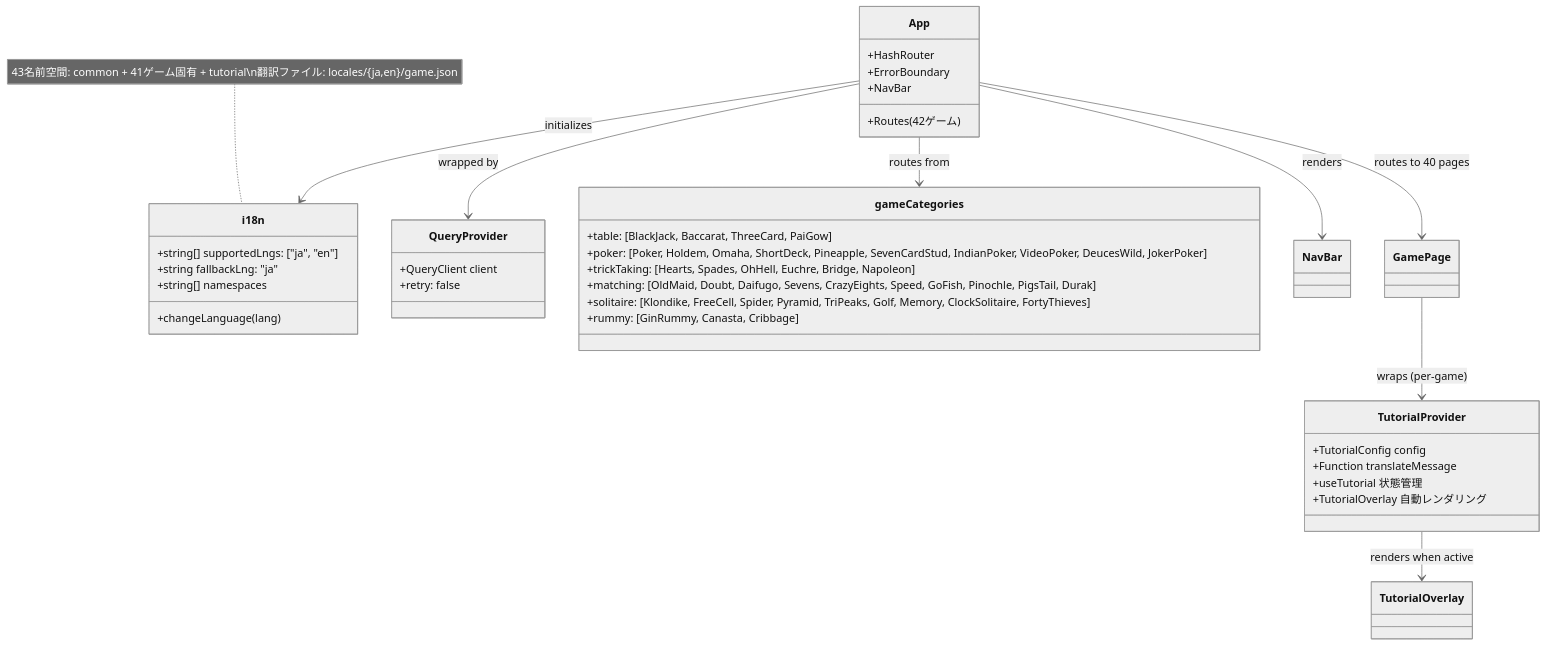
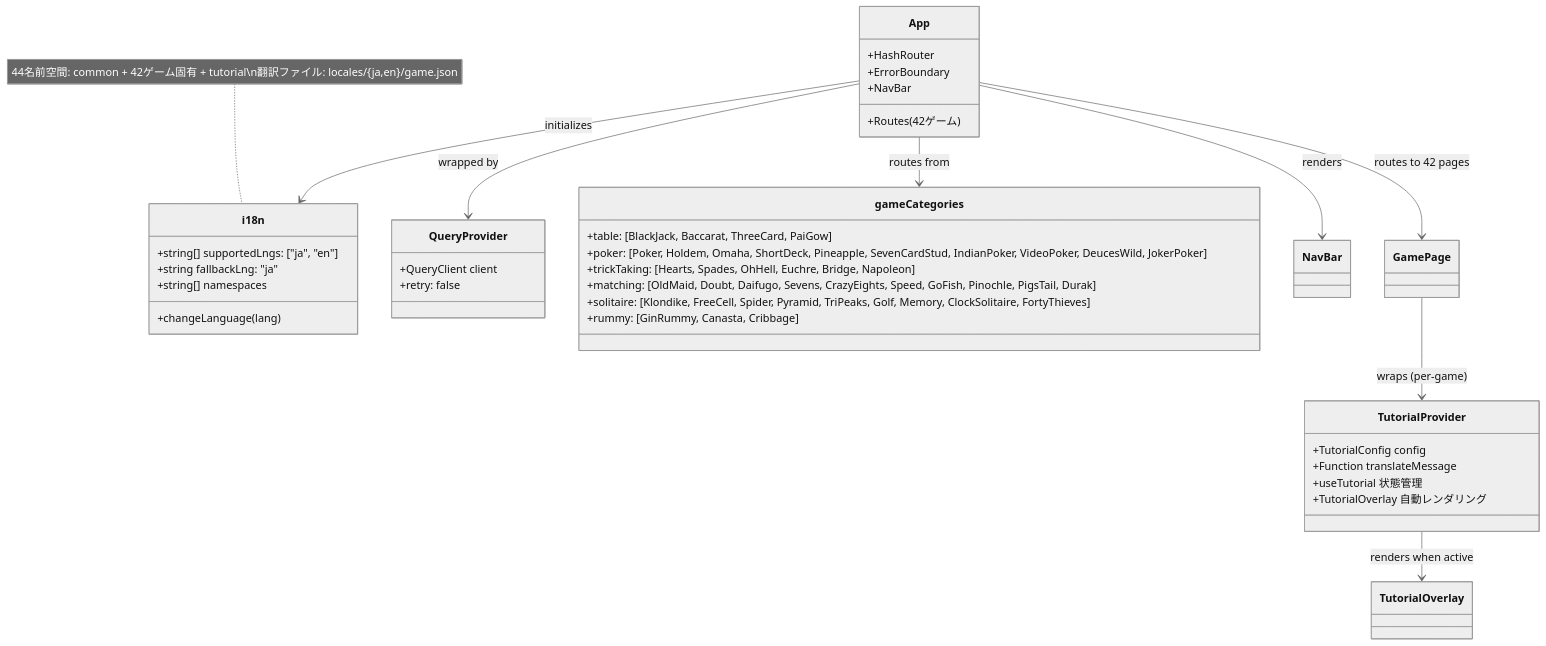
Before and after one commit to yuta-yoshinaga/go_trumpcards: the ninth of 34 diagrams in docs/design/frontend.md, drawn with Mermaid (neutral theme). The commit also changed other lines of this file and 1 other file, not shown here.

Commit message:
docs: add missing games to CLI help text and fix frontend design counts
Closes #1257

- Add durak, fortythieves, paigow to CLI help text (they were registered
  in the command map but missing from the help display)
- Update frontend design doc counts: hooks 41→42, pages 41→42,
  routes 40→42, i18n namespaces 43→44

````diff
--- a/docs/design/frontend.md
+++ b/docs/design/frontend.md
@@ -1621,47 +1621,47 @@
 ```mermaid
 classDiagram
     class i18n {
         +string[] supportedLngs: ["ja", "en"]
         +string fallbackLng: "ja"
         +string[] namespaces
         +changeLanguage(lang)
     }
 
     class QueryProvider {
         +QueryClient client
         +retry: false
     }
 
     class App {
         +HashRouter
         +ErrorBoundary
         +NavBar
         +Routes (42ゲーム)
     }
 
     class gameCategories {
         +table: [BlackJack, Baccarat, ThreeCard, PaiGow]
         +poker: [Poker, Holdem, Omaha, ShortDeck, Pineapple, SevenCardStud, IndianPoker, VideoPoker, DeucesWild, JokerPoker]
         +trickTaking: [Hearts, Spades, OhHell, Euchre, Bridge, Napoleon]
         +matching: [OldMaid, Doubt, Daifugo, Sevens, CrazyEights, Speed, GoFish, Pinochle, PigsTail, Durak]
         +solitaire: [Klondike, FreeCell, Spider, Pyramid, TriPeaks, Golf, Memory, ClockSolitaire, FortyThieves]
         +rummy: [GinRummy, Canasta, Cribbage]
     }
 
     class TutorialProvider {
         +TutorialConfig config
         +Function translateMessage
         +useTutorial 状態管理
         +TutorialOverlay 自動レンダリング
     }
 
     App --> QueryProvider : wrapped by
     App --> i18n : initializes
     App --> gameCategories : routes from
     App --> NavBar : renders
-    App --> GamePage : routes to 40 pages
+    App --> GamePage : routes to 42 pages
     GamePage --> TutorialProvider : wraps (per-game)
     TutorialProvider --> TutorialOverlay : renders when active
 
-    note for i18n "43名前空間: common + 41ゲーム固有 + tutorial\n翻訳ファイル: locales/{ja,en}/game.json"
+    note for i18n "44名前空間: common + 42ゲーム固有 + tutorial\n翻訳ファイル: locales/{ja,en}/game.json"
 ```
````
